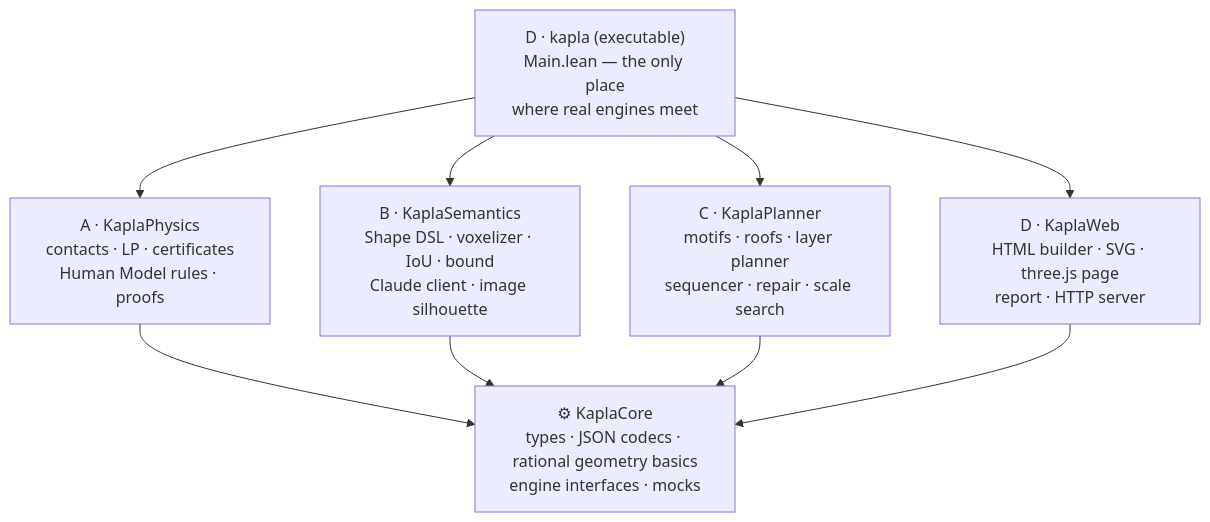
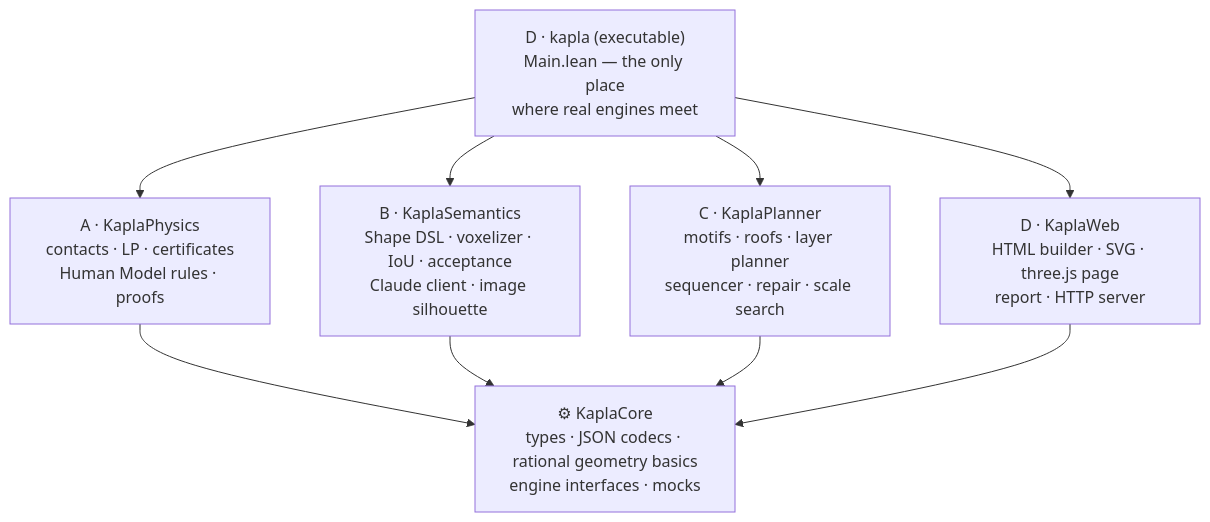
Before and after one commit to johspaeth/KaplaBuilder: the second of 7 diagrams in docs/WORKSPLIT.md, drawn with Mermaid. The commit also changed other lines of this file and 3 other files, not shown here.

````diff
--- a/docs/WORKSPLIT.md
+++ b/docs/WORKSPLIT.md
@@ -73,20 +73,20 @@
 ```mermaid
 flowchart TB
   core["⚙ KaplaCore<br/>types · JSON codecs · rational geometry basics<br/>engine interfaces · mocks"]
 
   phys["A · KaplaPhysics<br/>contacts · LP · certificates<br/>Human Model rules · proofs"]
-  sem["B · KaplaSemantics<br/>Shape DSL · voxelizer · IoU · bound<br/>Claude client · image silhouette"]
+  sem["B · KaplaSemantics<br/>Shape DSL · voxelizer · IoU · acceptance<br/>Claude client · image silhouette"]
   plan["C · KaplaPlanner<br/>motifs · roofs · layer planner<br/>sequencer · repair · scale search"]
   web["D · KaplaWeb<br/>HTML builder · SVG · three.js page<br/>report · HTTP server"]
 
   app["D · kapla (executable)<br/>Main.lean — the only place<br/>where real engines meet"]
 
   phys --> core
   sem --> core
   plan --> core
   web --> core
   app --> phys
   app --> sem
   app --> plan
   app --> web
 ```
````
